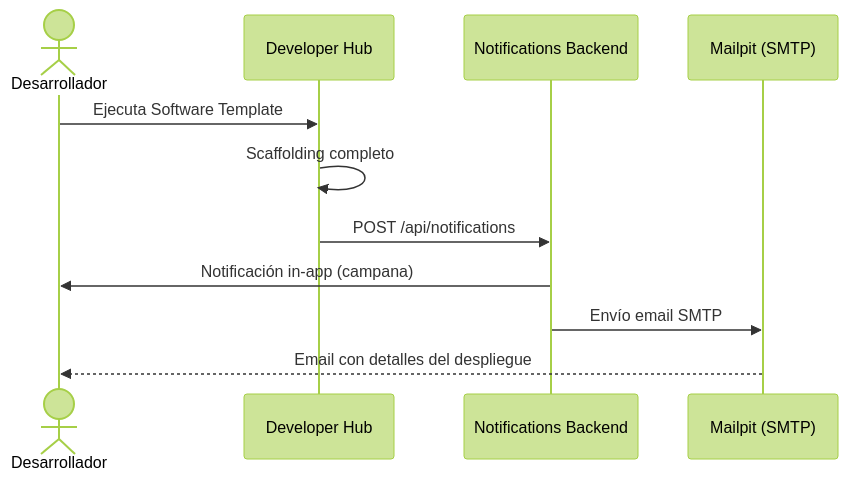
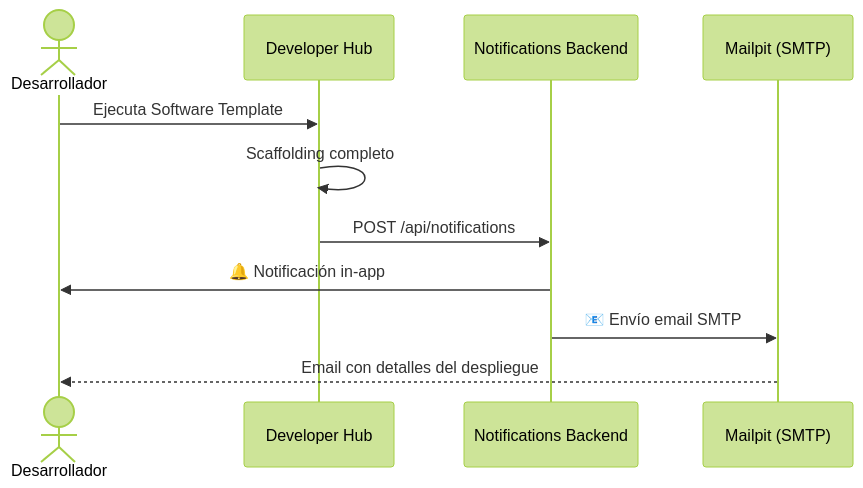
The fifth of 5 diagrams in docs/09-lightspeed-notifications.md (maximilianoPizarro/test-drive-pe-oscg), drawn with Mermaid (forest theme) before and after one commit. The commit also changed other lines of this file and 9 other files, not shown here.

````diff
--- a/docs/09-lightspeed-notifications.md
+++ b/docs/09-lightspeed-notifications.md
@@ -97,14 +174,14 @@
 ```mermaid
 sequenceDiagram
     actor Dev as Desarrollador
     participant Hub as Developer Hub
     participant Notif as Notifications Backend
     participant Mail as Mailpit (SMTP)
 
     Dev->>Hub: Ejecuta Software Template
     Hub->>Hub: Scaffolding completo
     Hub->>Notif: POST /api/notifications
-    Notif->>Dev: Notificación in-app (campana)
-    Notif->>Mail: Envío email SMTP
+    Notif->>Dev: 🔔 Notificación in-app
+    Notif->>Mail: 📧 Envío email SMTP
     Mail-->>Dev: Email con detalles del despliegue
 ```
````
